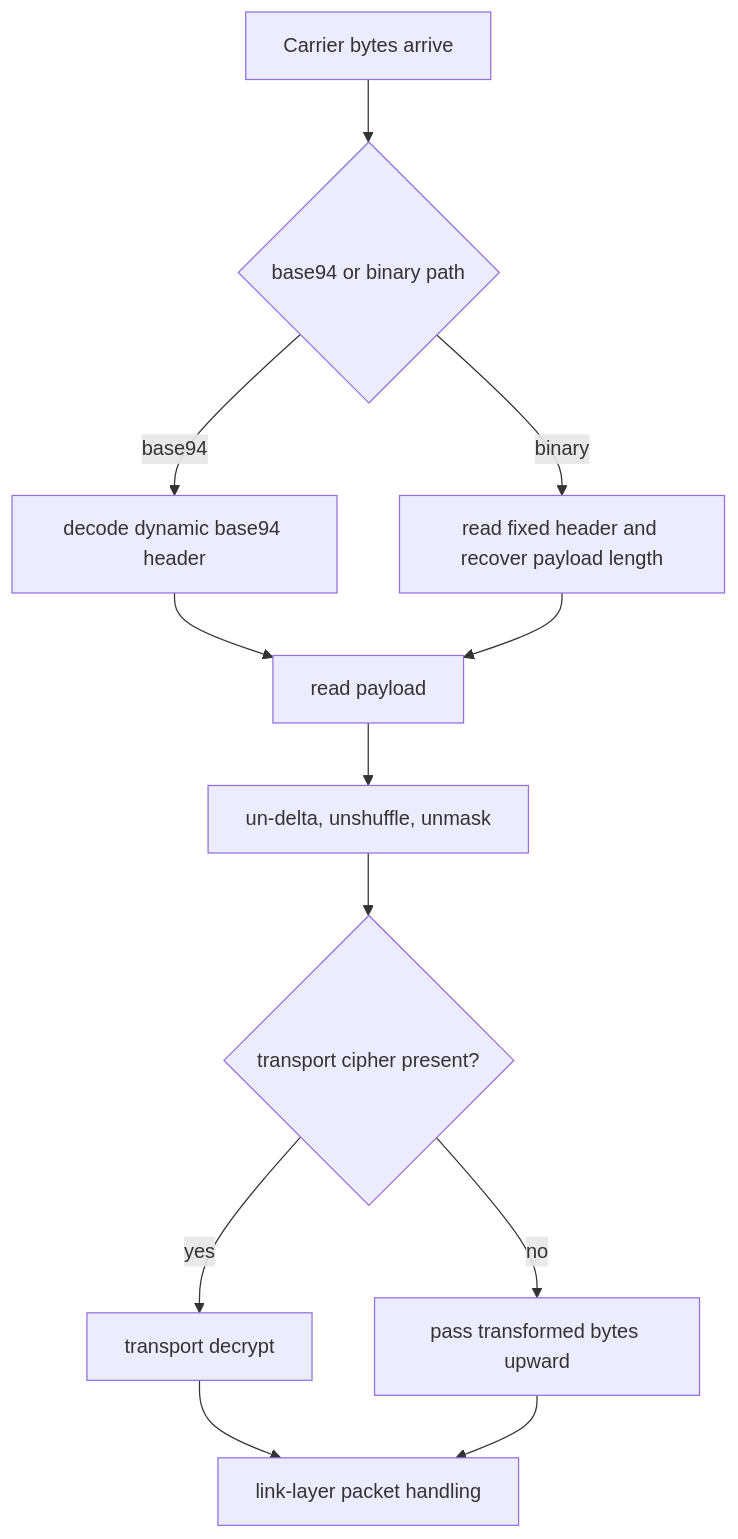
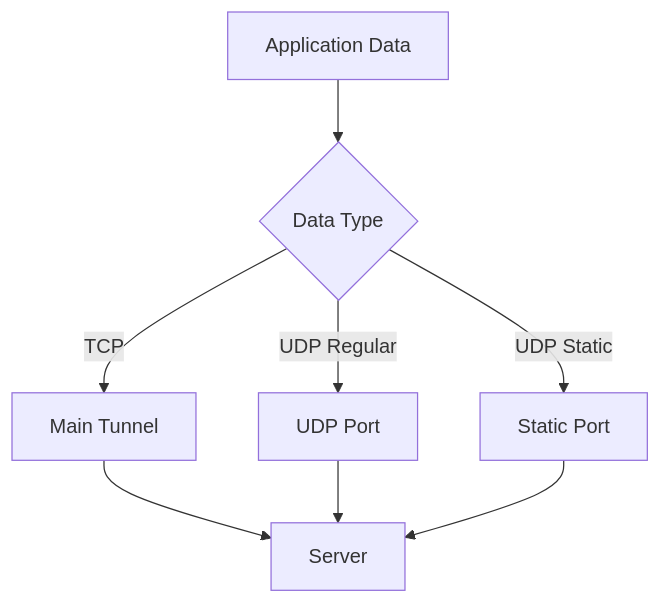
One commit to HyacinthHaru/openppp2 changed diagram 12 of 12 in docs/TRANSMISSION.md. Above: the diagram before and after it, drawn with Mermaid. The commit also changed other lines of this file and 31 other files, not shown here.

````diff
--- a/docs/TRANSMISSION.md
+++ b/docs/TRANSMISSION.md
@@ -456,14 +738,10 @@
 ```mermaid
 flowchart TD
-    A[Carrier bytes arrive] --> B{base94 or binary path}
-    B -->|base94| C[decode dynamic base94 header]
-    B -->|binary| D[read fixed header and recover payload length]
-    C --> E[read payload]
-    D --> E
-    E --> F[un-delta, unshuffle, unmask]
-    F --> G{transport cipher present?}
-    G -->|yes| H[transport decrypt]
-    G -->|no| I[pass transformed bytes upward]
-    H --> J[link-layer packet handling]
-    I --> J
+    A[Application Data] --> B{Data Type}
+    B -->|TCP| C[Main Tunnel]
+    B -->|UDP Regular| D[UDP Port]
+    B -->|UDP Static| E[Static Port]
+    C --> F[Server]
+    D --> F
+    E --> F
 ```
````
